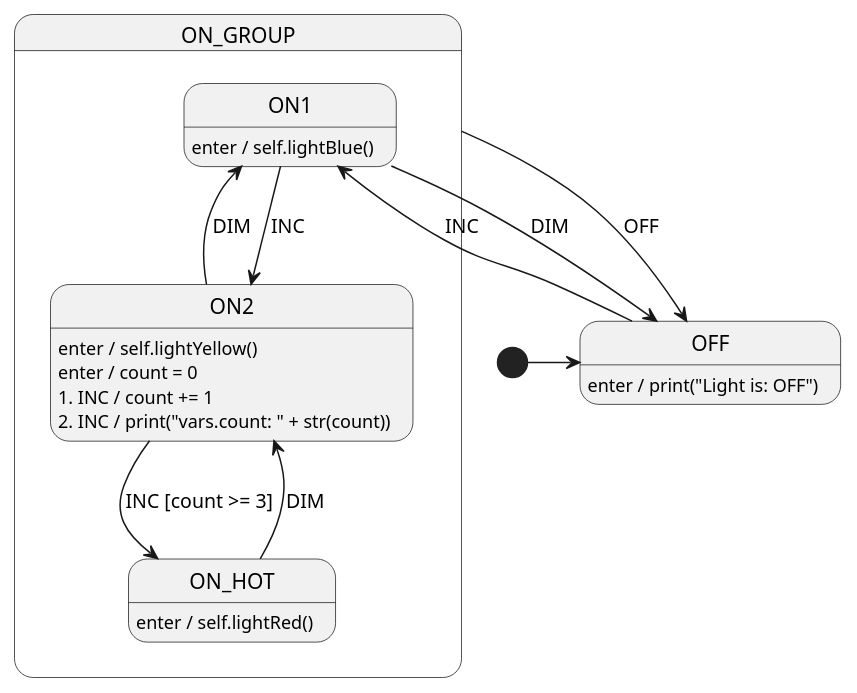
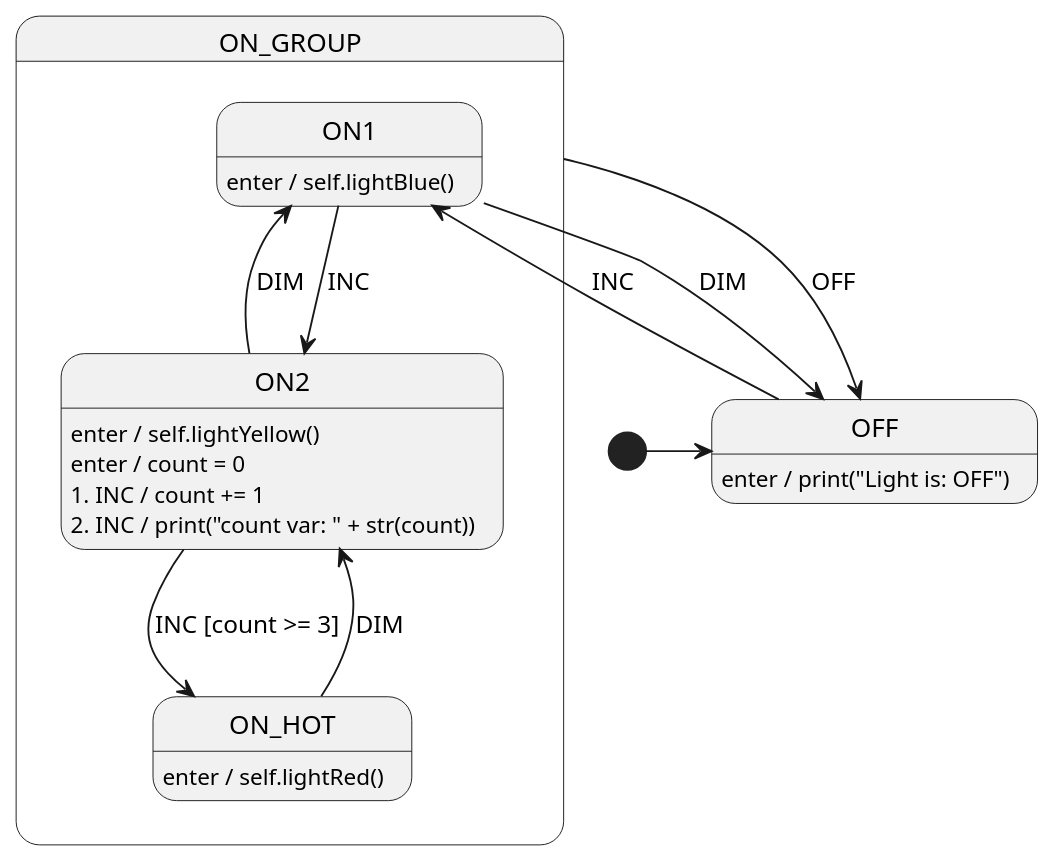
One commit to StateSmith/tutorial-3 changed the diagram in lesson-4/python/LightSm.plantuml. Above: the diagram before and after it, drawn with PlantUML. The commit also changed 37 other files, not shown here.

Commit message:
update ss.cli and print `count var:`

```diff
--- a/lesson-4/python/LightSm.plantuml
+++ b/lesson-4/python/LightSm.plantuml
@@ -1,56 +1,58 @@
 @startuml LightSm
+scale 1.25
 
 ' //////////////////////// STATE ORGANIZATION ///////////////////////
 ' Note: StateSmith treats state names and events as case insensitive.
 ' More info: https://github.com/StateSmith/StateSmith/wiki/PlantUML
 
 state OFF
 state ON_GROUP {
     state ON1
     state ON2
     state ON_HOT
 }
 
 [*] -> OFF
 
 ' ///////////////////////// STATE HANDLERS /////////////////////////
 ' Syntax: https://github.com/StateSmith/StateSmith/wiki/Behaviors
 
 OFF: enter / print("Light is: OFF")
 OFF --> ON1: INC
 
 ON_GROUP --> OFF : OFF
 
 ON1: enter / self.lightBlue()
 ON1 --> ON2: INC
 ON1 --> OFF: DIM
 
 ON2: enter / self.lightYellow()
 ON2: enter / count = 0
 ON2: 1. INC / count += 1
-ON2: 2. INC / print("vars.count: " + str(count))
+ON2: 2. INC / print("count var: " + str(count))
 ON2 --> ON_HOT: INC [count >= 3]
 ON2 --> ON1: DIM
 
 ON_HOT: enter / self.lightRed()
 ON_HOT --> ON2: DIM
 
 ' //////////////////////// StateSmith config ////////////////////////
 ' The below special comment block sets the StateSmith configuration.
 ' More info: https://github.com/StateSmith/StateSmith/issues/335
 
 /'! $CONFIG : toml
 SmRunnerSettings.transpilerId = "Python"
 
 [RenderConfig]
 AutoExpandedVars = """
     self.count = 0  # this var can be referenced in diagram
     """
+# You could also put the variable in the base class instead.
 
 [RenderConfig.Python]
 Imports = """
     from LightSmBase import LightSmBase
     """
 Extends = "LightSmBase"
 '/
 @enduml
```
